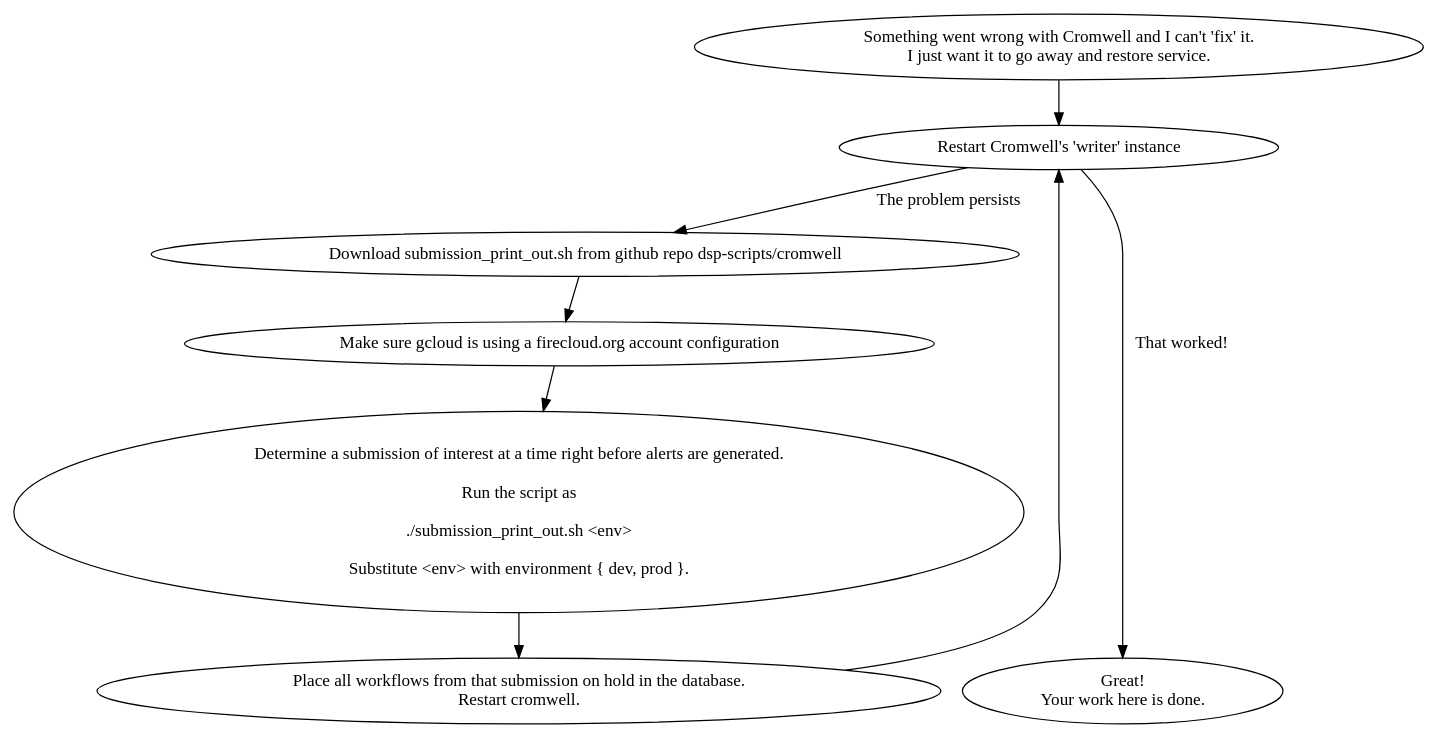
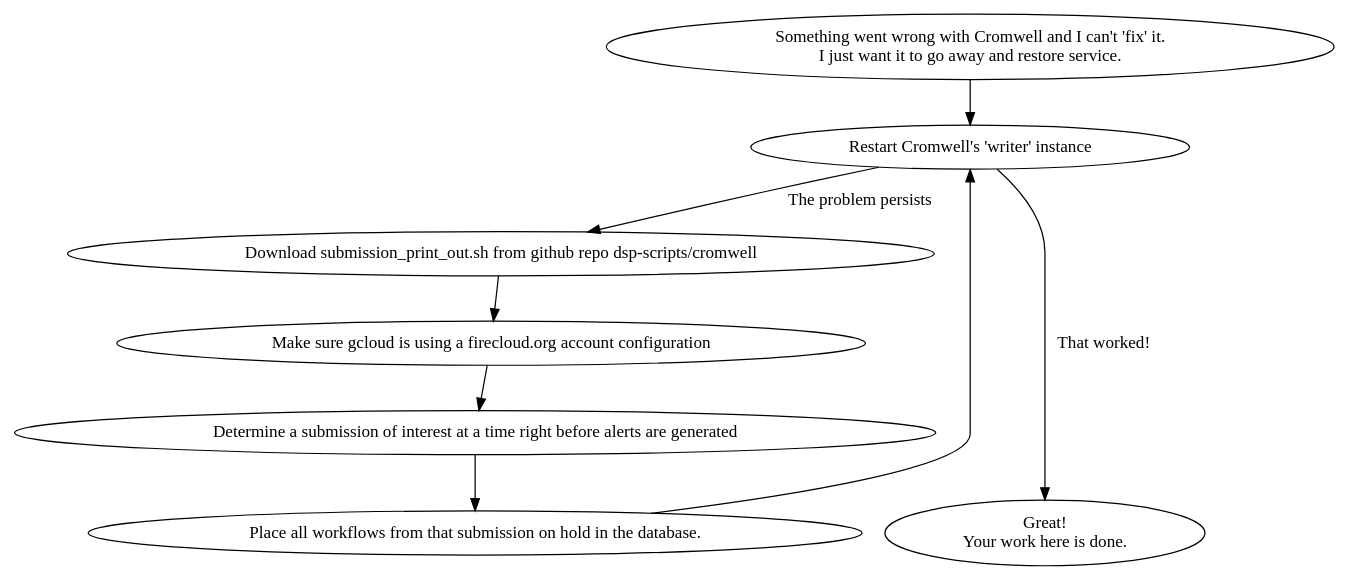
The diagram in processes/troubleshooting/all-purpose-mess-remover.dot (broadinstitute/cromwell), drawn with Graphviz before and after one commit. The commit also changed 1 other file, not shown here.

```diff
--- a/processes/troubleshooting/all-purpose-mess-remover.dot
+++ b/processes/troubleshooting/all-purpose-mess-remover.dot
@@ -1,36 +1,36 @@
 digraph {
 
   # Nodes
 
   something_wrong [shape=oval label="Something went wrong with Cromwell and I can't 'fix' it.\nI just want it to go away and restore service."];
 
   # Always start with a restart:
   restart_cromwell_instance [shape=oval label="Restart Cromwell's 'writer' instance"];
 
   download_submission_print_out [shape=oval label="Download submission_print_out.sh from github repo dsp-scripts/cromwell"];
   make_sure_gcloud_use_firecloud [shape=oval label="Make sure gcloud is using a firecloud.org account configuration"];
-  determine_submissions_of_interest [shape=oval label="Determine a submission of interest at a time right before alerts are generated.\n\nRun the script as\n\n./submission_print_out.sh <env>\n\nSubstitute <env> with environment { dev, prod }."];
+  determine_submissions_of_interest [shape=oval label="Determine a submission of interest at a time right before alerts are generated"];
 
-  place_submissions_on_hold [shape=oval label="Place all workflows from that submission on hold in the database.\nRestart cromwell."];
+  place_submissions_on_hold [shape=oval label="Place all workflows from that submission on hold in the database."];
 
 
   go_to_sleep [shape=oval label="Great!\nYour work here is done."];
 
   { rank=max go_to_sleep }
 
 
   # Edges
 
   something_wrong -> restart_cromwell_instance
 
   restart_cromwell_instance -> go_to_sleep [label="That worked!"]
 
   restart_cromwell_instance -> download_submission_print_out [label="The problem persists"]
   download_submission_print_out -> make_sure_gcloud_use_firecloud
   make_sure_gcloud_use_firecloud -> determine_submissions_of_interest
   determine_submissions_of_interest -> place_submissions_on_hold
 
   place_submissions_on_hold -> restart_cromwell_instance
 
 
 }
```
